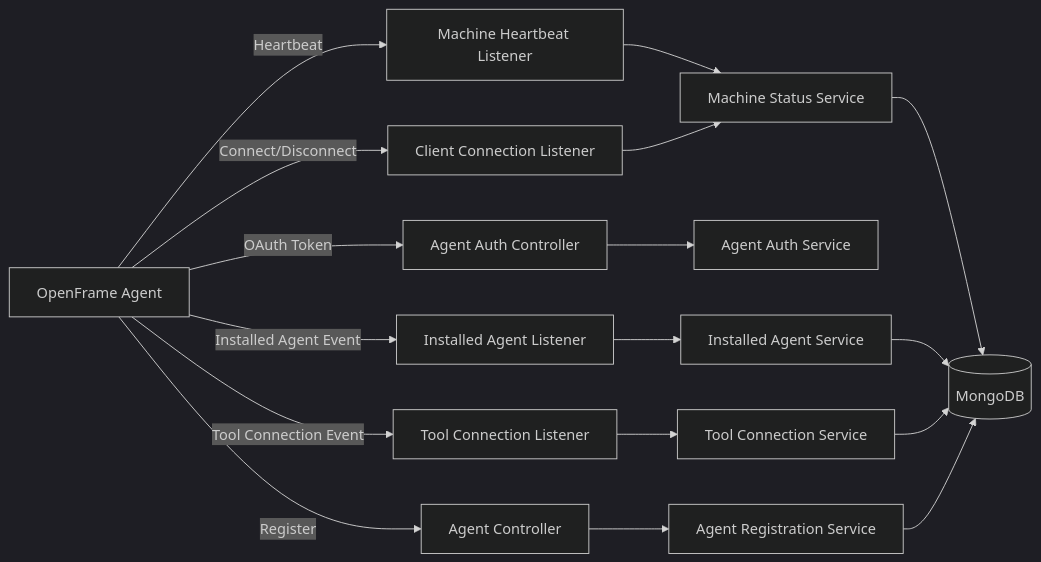
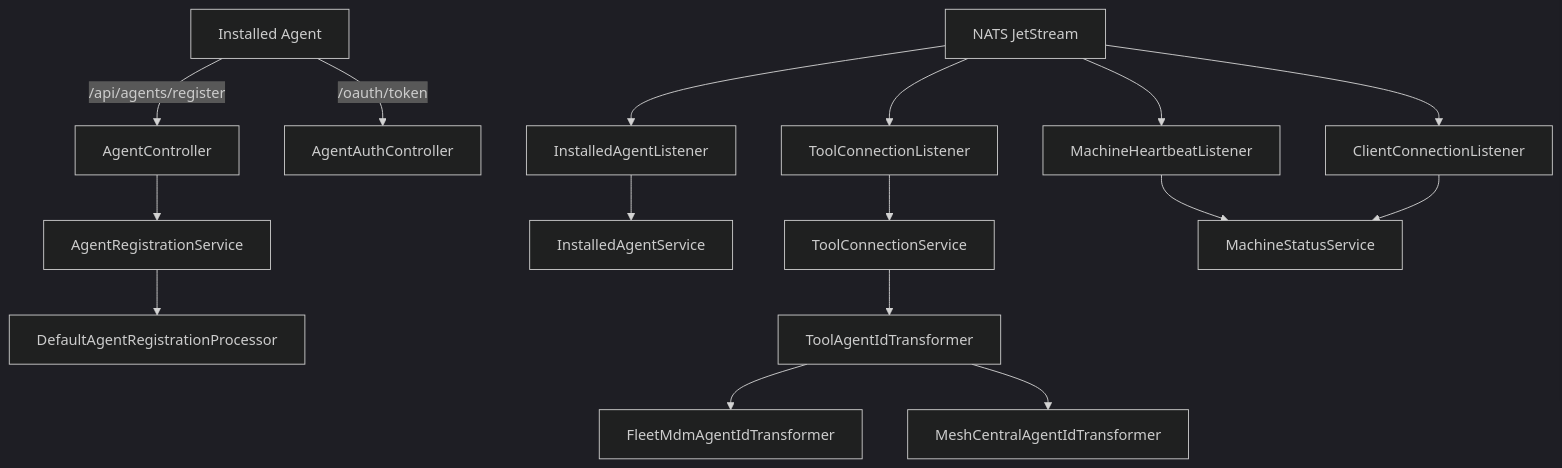
One commit to Praesto-Pro/openframe-oss-tenant changed the first of 7 diagrams in docs/architecture/client-service-core/client-service-core.md. Above: the diagram before and after it, drawn with Mermaid (dark theme). The commit also changed other lines of this file and 214 other files, not shown here.

````diff
--- a/docs/architecture/client-service-core/client-service-core.md
+++ b/docs/architecture/client-service-core/client-service-core.md
@@ -26,23 +34,22 @@
 ```mermaid
-flowchart LR
-    Agent["OpenFrame Agent"] -->|"Register"| AgentController["Agent Controller"]
-    Agent -->|"OAuth Token"| AgentAuthController["Agent Auth Controller"]
+flowchart TD
+    Agent["Installed Agent"] -->|"/api/agents/register"| AgentController["AgentController"]
+    Agent -->|"/oauth/token"| AgentAuthController["AgentAuthController"]
 
-    Agent -->|"Heartbeat"| HeartbeatListener["Machine Heartbeat Listener"]
-    Agent -->|"Installed Agent Event"| InstalledAgentListener["Installed Agent Listener"]
-    Agent -->|"Tool Connection Event"| ToolConnectionListener["Tool Connection Listener"]
-    Agent -->|"Connect/Disconnect"| ClientConnectionListener["Client Connection Listener"]
+    AgentController --> AgentRegistrationService["AgentRegistrationService"]
+    AgentRegistrationService --> RegistrationProcessor["DefaultAgentRegistrationProcessor"]
 
-    AgentController --> RegistrationService["Agent Registration Service"]
-    AgentAuthController --> AuthService["Agent Auth Service"]
+    Nats["NATS JetStream"] --> InstalledAgentListener["InstalledAgentListener"]
+    Nats --> ToolConnectionListener["ToolConnectionListener"]
+    Nats --> MachineHeartbeatListener["MachineHeartbeatListener"]
+    Nats --> ClientConnectionListener["ClientConnectionListener"]
 
-    HeartbeatListener --> MachineStatusService["Machine Status Service"]
+    InstalledAgentListener --> InstalledAgentService["InstalledAgentService"]
+    ToolConnectionListener --> ToolConnectionService["ToolConnectionService"]
+    MachineHeartbeatListener --> MachineStatusService["MachineStatusService"]
     ClientConnectionListener --> MachineStatusService
-    InstalledAgentListener --> InstalledAgentService["Installed Agent Service"]
-    ToolConnectionListener --> ToolConnectionService["Tool Connection Service"]
 
-    MachineStatusService --> Mongo[("MongoDB")]
-    InstalledAgentService --> Mongo
-    ToolConnectionService --> Mongo
-    RegistrationService --> Mongo
+    ToolConnectionService --> Transformer["ToolAgentIdTransformer"]
+    Transformer --> FleetTransformer["FleetMdmAgentIdTransformer"]
+    Transformer --> MeshTransformer["MeshCentralAgentIdTransformer"]
 ```
````
